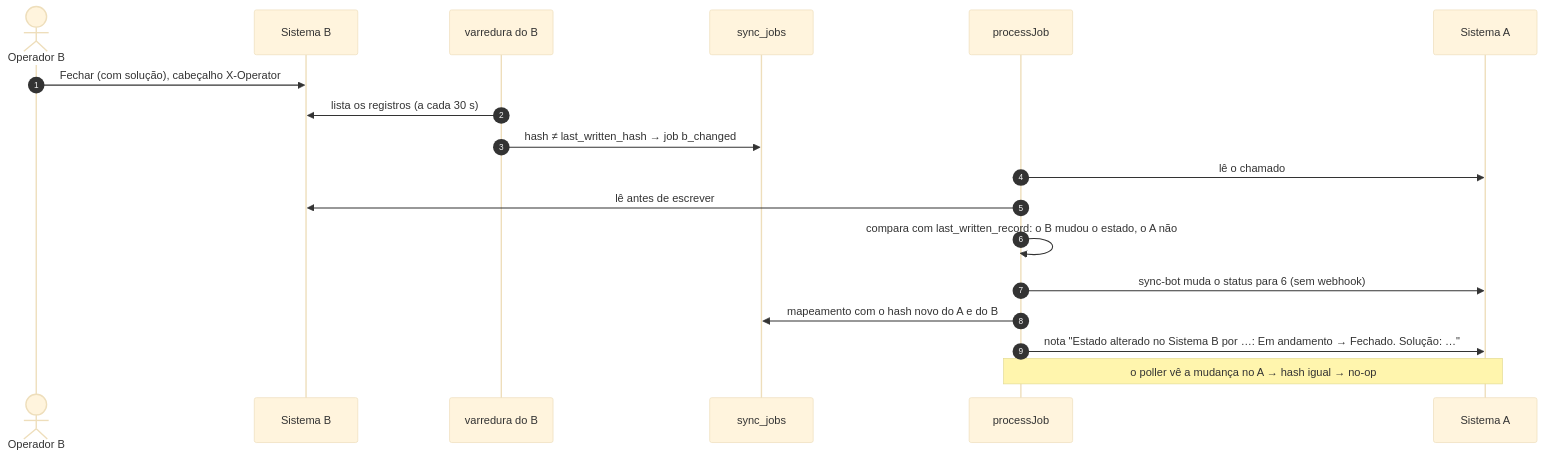
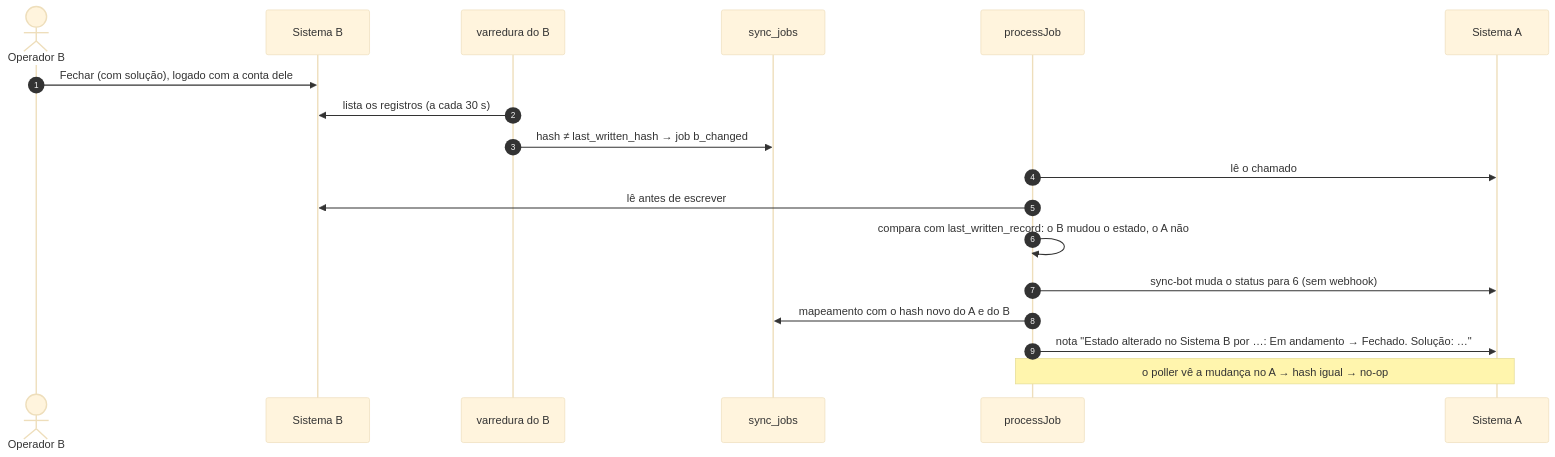
One commit to BossBurgues/desafiotecCyberCorp changed the fourth of 5 diagrams in docs/how-it-works.md. Above: the diagram before and after it, drawn with Mermaid (base theme). The commit also changed 2 other files, not shown here.

Commit message:
docs: entrar e criar conta no A e no B
Refs #174

````diff
--- a/docs/how-it-works.md
+++ b/docs/how-it-works.md
@@ -165,20 +165,20 @@
 ```mermaid
 sequenceDiagram
   autonumber
   actor O as Operador B
   participant B as Sistema B
   participant V as varredura do B
   participant Q as sync_jobs
   participant K as processJob
   participant A as Sistema A
-  O->>B: Fechar (com solução), cabeçalho X-Operator
+  O->>B: Fechar (com solução), logado com a conta dele
   V->>B: lista os registros (a cada 30 s)
   V->>Q: hash ≠ last_written_hash → job b_changed
   K->>A: lê o chamado
   K->>B: lê antes de escrever
   K->>K: compara com last_written_record: o B mudou o estado, o A não
   K->>A: sync-bot muda o status para 6 (sem webhook)
   K->>Q: mapeamento com o hash novo do A e do B
   K->>A: nota "Estado alterado no Sistema B por …: Em andamento → Fechado. Solução: …"
   Note over K,A: o poller vê a mudança no A → hash igual → no-op
 ```
````
